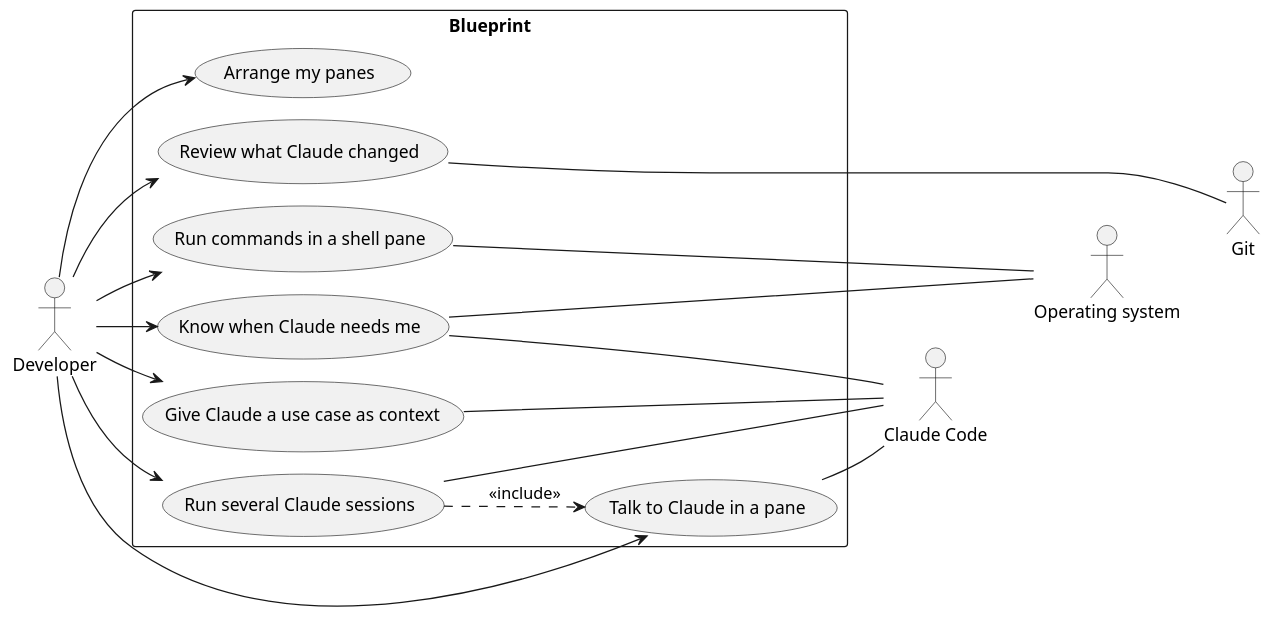
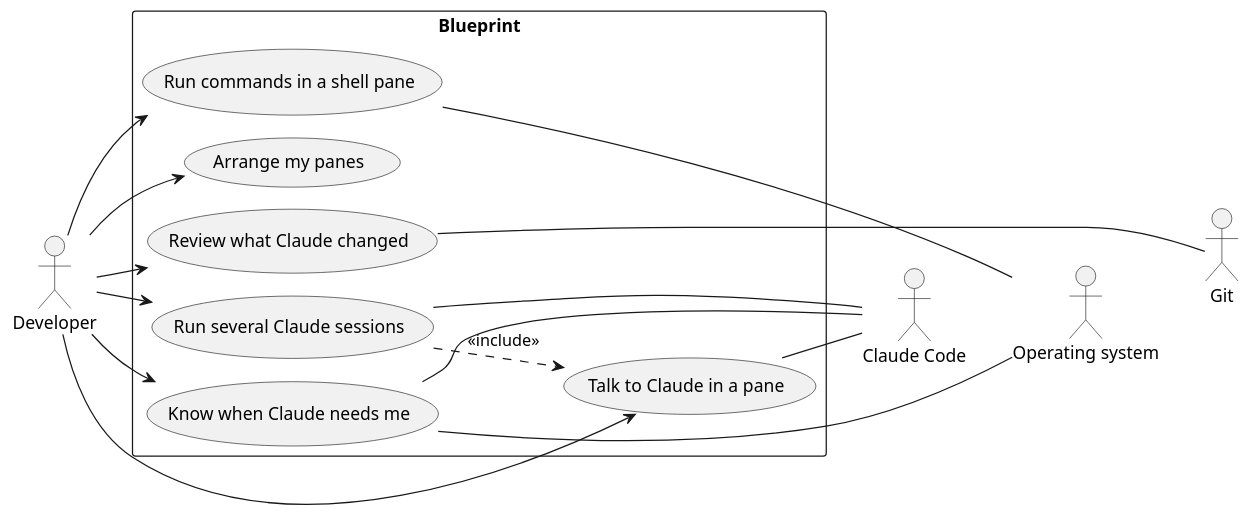
Before and after one commit to karsanda/blueprint: the diagram in entries/diagram/blueprint.puml, drawn with PlantUML. The commit also changed 4 other files, not shown here.

Commit message:
Retire Give Claude a use case as context: Claude Code handles use cases itself

```diff
--- a/entries/diagram/blueprint.puml
+++ b/entries/diagram/blueprint.puml
@@ -1,48 +1,45 @@
 @startuml blueprint
 ' Every Blueprint use case, the actors in each, and the System boundary.
 ' The text entries are the source; this diagram only shows how they fit together.
 ' View it with the PlantUML extension in VS Code, or render it with `plantuml -tsvg`.
 ' Smetana layout needs no Graphviz. SVGs are not committed.
 !pragma layout smetana
 left to right direction
 skinparam shadowing false
 skinparam monochrome true
 
 actor Developer [[../actors/developer.md]]
 
 rectangle Blueprint [[../system/blueprint.md]] {
   usecase "Run several Claude sessions" as Several [[../usecase/blueprint/run_several_claude_sessions.md]]
   usecase "Talk to Claude in a pane" as Talk [[../usecase/blueprint/talk_to_claude_in_a_pane.md]]
-  usecase "Give Claude a use case as context" as GiveUseCase [[../usecase/blueprint/give_claude_a_use_case.md]]
   usecase "Know when Claude needs me" as Know [[../usecase/blueprint/know_when_claude_needs_me.md]]
   usecase "Run commands in a shell pane" as Shell [[../usecase/blueprint/run_commands_in_a_shell_pane.md]]
   usecase "Arrange my panes" as Arrange [[../usecase/blueprint/arrange_my_panes.md]]
   usecase "Review what Claude changed" as Review [[../usecase/blueprint/review_what_claude_changed.md]]
 }
 
 actor "Claude Code" as ClaudeCode
 actor "Operating system" as OS
 actor Git
 
 Developer --> Several
 Developer --> Talk
-Developer --> GiveUseCase
 Developer --> Know
 Developer --> Shell
 Developer --> Arrange
 Developer --> Review
 
 Several ..> Talk : <<include>>
 
 Several -- ClaudeCode
 Talk -- ClaudeCode
-GiveUseCase -- ClaudeCode
 Know -- ClaudeCode
 Know -- OS
 Shell -- OS
 Review -- Git
 
 ' Hidden links fix the supporting actors' order, so no lines cross.
 ClaudeCode -[hidden]- OS
 OS -[hidden]- Git
 @enduml
```
